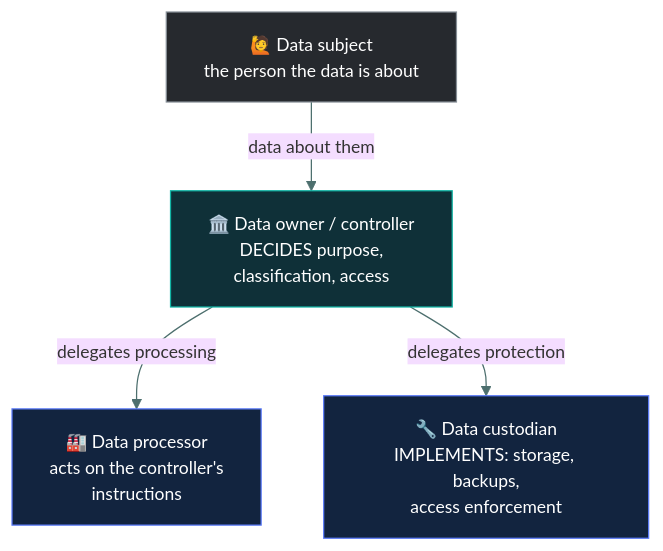
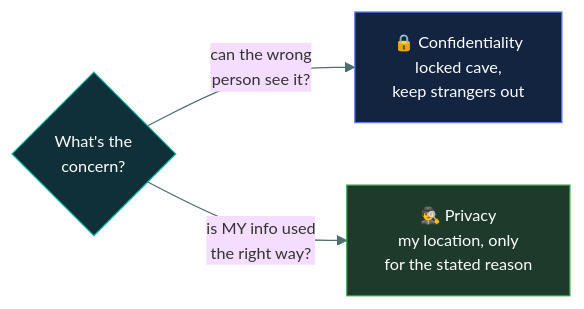
One commit to tarunTejaDesireddy/cc-exam-prep changed the second of 3 diagrams in 01-security-principles/privacy/README.md. Above: the diagram before and after it, drawn with Mermaid. The commit also changed other lines of this file and 1 other file, not shown here.

First line of the commit message:
Rewrite privacy with the Grog's-cave caveman walkthrough

````diff
--- a/01-security-principles/privacy/README.md
+++ b/01-security-principles/privacy/README.md
@@ -95,17 +116,11 @@
 ```mermaid
-%%{init: {'theme':'base','themeVariables':{'fontSize':'14px','lineColor':'#4d6f6e','textColor':'#dbe7e6'}}}%%
-flowchart TD
-    S["🙋 Data subject<br/>the person the data is about"]
-    O["🏛️ Data owner / controller<br/>DECIDES purpose,<br/>classification, access"]
-    P["🏭 Data processor<br/>acts on the controller's<br/>instructions"]
-    C["🔧 Data custodian<br/>IMPLEMENTS: storage, backups,<br/>access enforcement"]
+%%{init: {'theme':'base','themeVariables':{'fontFamily':'Segoe UI, Helvetica Neue, Arial, sans-serif','fontSize':'13px','lineColor':'#4d6f6e','textColor':'#dbe7e6'}}}%%
+flowchart LR
+    Q{"What's the<br/>concern?"}
+    Q -->|"can the wrong<br/>person see it?"| C["🔒 Confidentiality<br/>locked cave,<br/>keep strangers out"]
+    Q -->|"is MY info used<br/>the right way?"| P["🕵️ Privacy<br/>my location, only<br/>for the stated reason"]
 
-    S -->|"data about them"| O
-    O -->|"delegates processing"| P
-    O -->|"delegates protection"| C
-
-    style S fill:#26292e,stroke:#868E96,color:#fff
-    style O fill:#0f3038,stroke:#12B5A5,color:#fff
-    style P fill:#12243f,stroke:#5C7CFA,color:#fff
+    style Q fill:#0f3038,stroke:#12B5A5,color:#fff
     style C fill:#12243f,stroke:#5C7CFA,color:#fff
+    style P fill:#1d3a2a,stroke:#2F9E44,color:#fff
 ```
````
